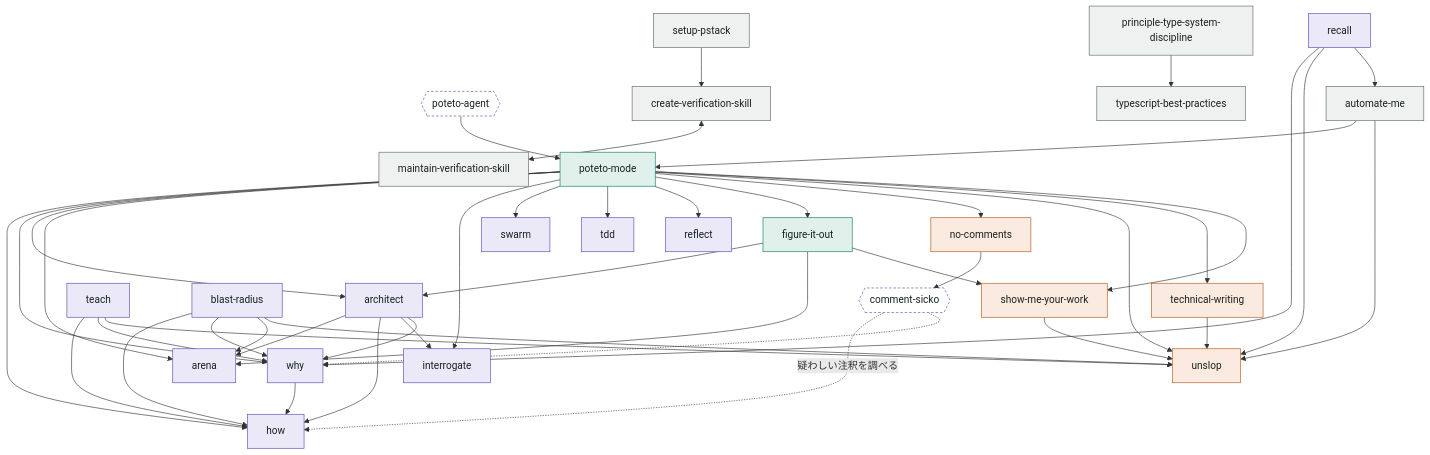
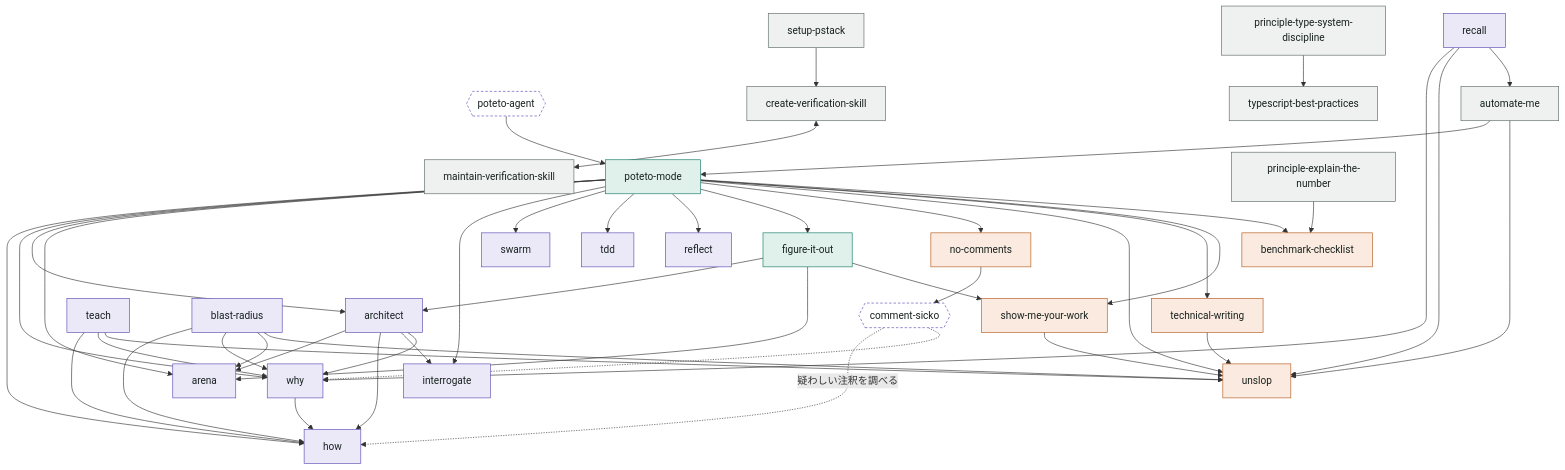
The second of 12 diagrams in pstack-cc/docs/skill-map.ja.md (souljazzfunk/lab), drawn with Mermaid before and after one commit. The commit also changed other lines of this file and 42 other files, not shown here.

````diff
--- a/pstack-cc/docs/skill-map.ja.md
+++ b/pstack-cc/docs/skill-map.ja.md
@@ -31,58 +31,60 @@
 ```mermaid
 flowchart TB
   classDef entry fill:#e0f1ec,stroke:#0f7a63,color:#18221f
   classDef wf fill:#ebe8f8,stroke:#5b4bb5,color:#18221f
   classDef q fill:#fbeadf,stroke:#b4581d,color:#18221f
   classDef etc fill:#eef1f0,stroke:#5b6964,color:#18221f
   classDef ag fill:#ffffff,stroke:#5b4bb5,stroke-dasharray:4 3,color:#18221f
 
   PM[poteto-mode]:::entry
   FIO[figure-it-out]:::entry
   AG{{poteto-agent}}:::ag
   AG --> PM
 
   PM --> HOW[how]:::wf
   PM --> WHY[why]:::wf
   PM --> ARC[architect]:::wf
   PM --> ARN[arena]:::wf
   PM --> INT[interrogate]:::wf
   PM --> SW[swarm]:::wf
   PM --> TDD[tdd]:::wf
   PM --> REF[reflect]:::wf
   PM --> FIO
   PM --> NC[no-comments]:::q
   PM --> UN[unslop]:::q
   PM --> TW[technical-writing]:::q
   PM --> SMW[show-me-your-work]:::q
+  PM --> BC[benchmark-checklist]:::q
 
   FIO --> ARC
   FIO --> ARN
   FIO --> SMW
   ARC --> ARN
   ARC --> HOW
   ARC --> INT
   ARC --> WHY
   WHY --> HOW
   TEACH[teach]:::wf --> HOW
   TEACH --> WHY
   TEACH --> UN
   BR[blast-radius]:::wf --> HOW
   BR --> WHY
   BR --> ARN
   BR --> UN
   RC[recall]:::wf --> WHY
   RC --> UN
   RC --> AM[automate-me]:::etc
   AM --> PM
   AM --> UN
 
   NC --> CS{{comment-sicko}}:::ag
   CS -. 疑わしい注釈を調べる .-> HOW
   CS -.-> WHY
   TW --> UN
   SMW --> UN
 
   SP[setup-pstack]:::etc --> CVS[create-verification-skill]:::etc
   CVS <--> MVS[maintain-verification-skill]:::etc
   PTS[principle-type-system-discipline]:::etc --> TS[typescript-best-practices]:::etc
+  PEN[principle-explain-the-number]:::etc --> BC
 ```
````
